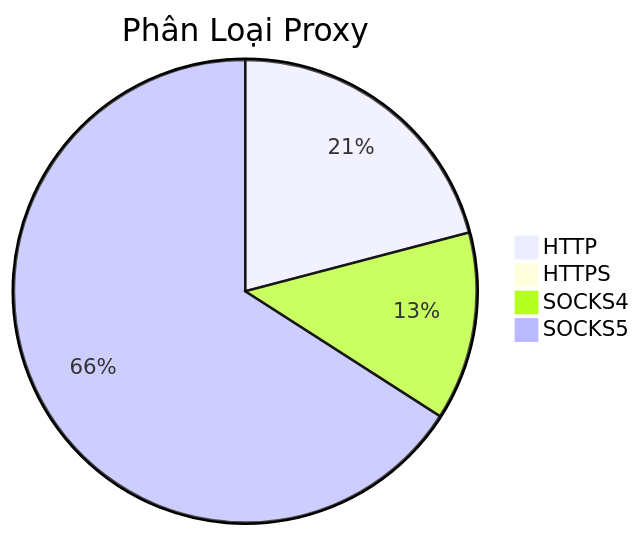
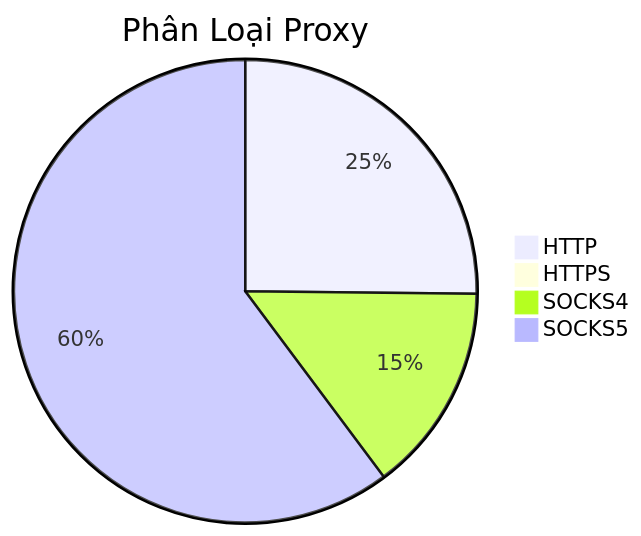
Before and after one commit to Ciara-12/PROXY-free: the diagram in README.md, drawn with Mermaid. The commit also changed other lines of this file and 4 other files, not shown here.

````diff
--- a/README.md
+++ b/README.md
@@ -26,7 +26,7 @@
 ```mermaid
 pie title Phân Loại Proxy
-    "HTTP" : 456
-    "HTTPS" : 1
-    "SOCKS4" : 287
-    "SOCKS5" : 1437
+    "HTTP" : 570
+    "HTTPS" : 3
+    "SOCKS4" : 331
+    "SOCKS5" : 1363
 ```
````
